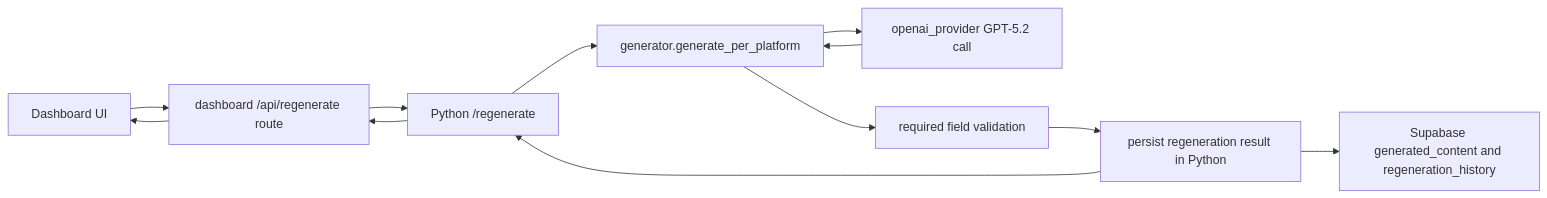
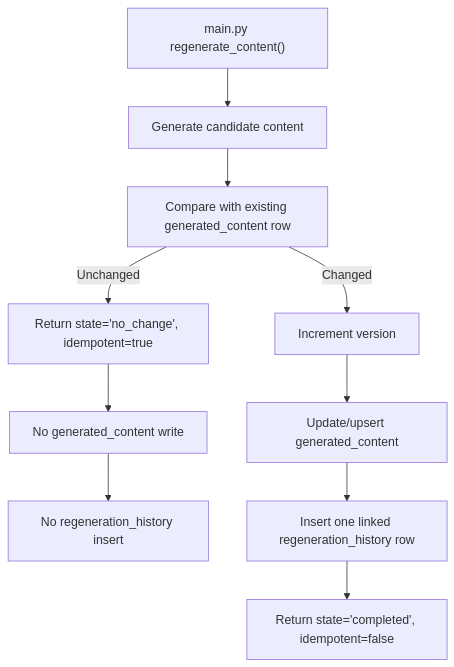
Before and after one commit to bobby-andris/Allied-FeedOps: the second of 4 diagrams in docs/architecture/2026-02-26-prompt-source-and-generation-flow.md, drawn with Mermaid. The commit also changed other lines of this file and 9 other files, not shown here.

````diff
--- a/docs/architecture/2026-02-26-prompt-source-and-generation-flow.md
+++ b/docs/architecture/2026-02-26-prompt-source-and-generation-flow.md
@@ -57,14 +39,12 @@
 ```mermaid
-flowchart LR
-  U["Dashboard UI"] --> R["dashboard /api/regenerate route"]
-  R --> P["Python /regenerate"]
-  P --> G["generator.generate_per_platform"]
-  G --> O["openai_provider GPT-5.2 call"]
-  O --> G
-  G --> V["required field validation"]
-  V --> S["persist regeneration result in Python"]
-  S --> DB["Supabase generated_content and regeneration_history"]
-  S --> P
-  P --> R
-  R --> U
+flowchart TD
+  A["main.py regenerate_content()"] --> B["Generate candidate content"]
+  B --> C["Compare with existing generated_content row"]
+  C -->|Unchanged| N1["Return state='no_change', idempotent=true"]
+  N1 --> N2["No generated_content write"]
+  N2 --> N3["No regeneration_history insert"]
+  C -->|Changed| Y1["Increment version"]
+  Y1 --> Y2["Update/upsert generated_content"]
+  Y2 --> Y3["Insert one linked regeneration_history row"]
+  Y3 --> Y4["Return state='completed', idempotent=false"]
 ```
````
